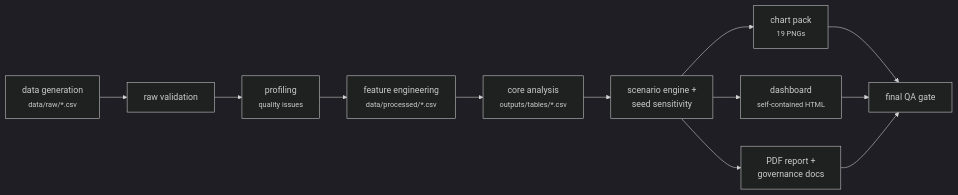
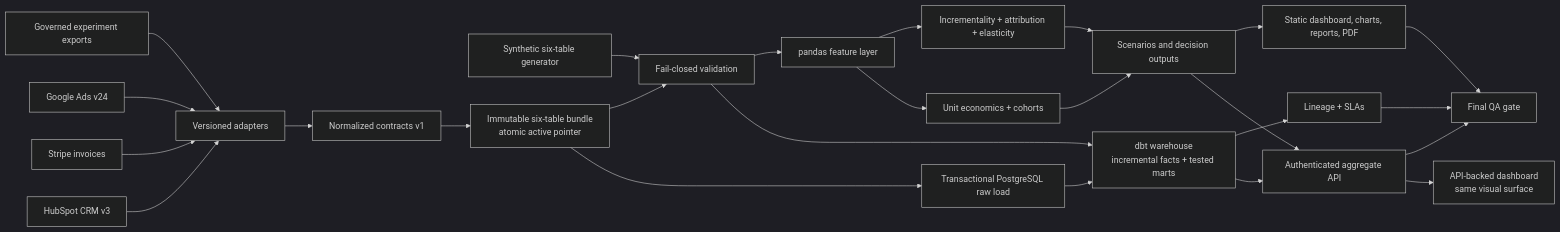
The diagram in docs/ARCHITECTURE.md (mfidalgomartins/revenue-unit-economics-system), drawn with Mermaid (dark theme) before and after one commit. The commit also changed other lines of this file and 151 other files, not shown here.

First line of the commit message:
feat: causal measurement, ingestion, ops, and warehouse layers (v3 data platform)

````diff
--- a/docs/ARCHITECTURE.md
+++ b/docs/ARCHITECTURE.md
@@ -20,14 +12,27 @@
 ```mermaid
 flowchart LR
-    G["data generation<br/><small>data/raw/*.csv</small>"] --> V["raw validation"]
-    V --> P["profiling<br/><small>quality issues</small>"]
-    P --> F["feature engineering<br/><small>data/processed/*.csv</small>"]
-    F --> A["core analysis<br/><small>outputs/tables/*.csv</small>"]
-    A --> S["scenario engine +<br/>seed sensitivity"]
-    S --> C["chart pack<br/><small>19 PNGs</small>"]
-    S --> D["dashboard<br/><small>self-contained HTML</small>"]
-    S --> R["PDF report +<br/>governance docs"]
-    C --> QA["final QA gate"]
-    D --> QA
-    R --> QA
+    S["Synthetic six-table generator"] --> Q["Fail-closed validation"]
+    H["HubSpot CRM v3"] --> A["Versioned adapters"]
+    B["Stripe invoices"] --> A
+    G["Google Ads v24"] --> A
+    X["Governed experiment exports"] --> A
+    A --> C["Normalized contracts v1"]
+    C --> V["Immutable six-table bundle<br/>atomic active pointer"]
+    V --> R["Transactional PostgreSQL raw load"]
+    V --> Q["Fail-closed validation"]
+    R --> W
+    Q --> W["dbt warehouse<br/>incremental facts + tested marts"]
+    Q --> P["pandas feature layer"]
+    P --> M["Unit economics + cohorts"]
+    P --> E["Incrementality + attribution + elasticity"]
+    M --> D["Scenarios and decision outputs"]
+    E --> D
+    W --> API["Authenticated aggregate API"]
+    D --> API
+    D --> PUB["Static dashboard, charts, reports, PDF"]
+    API --> LIVE["API-backed dashboard<br/>same visual surface"]
+    W --> L["Lineage + SLAs"]
+    PUB --> QA["Final QA gate"]
+    API --> QA
+    L --> QA
 ```
````
